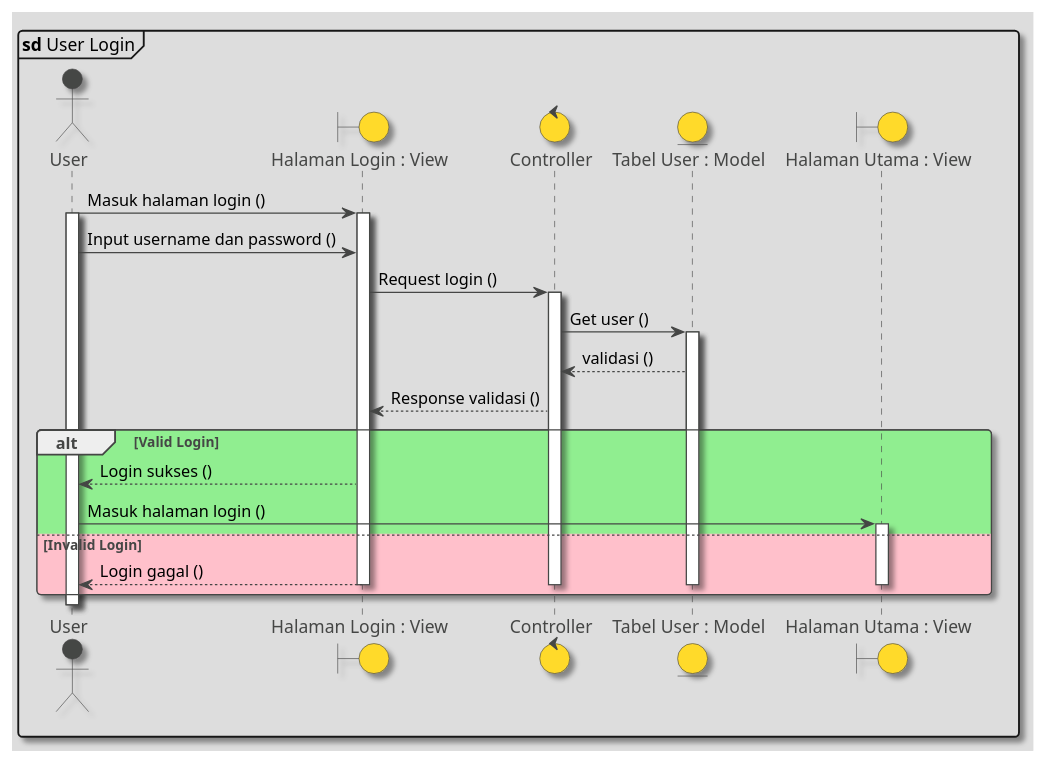
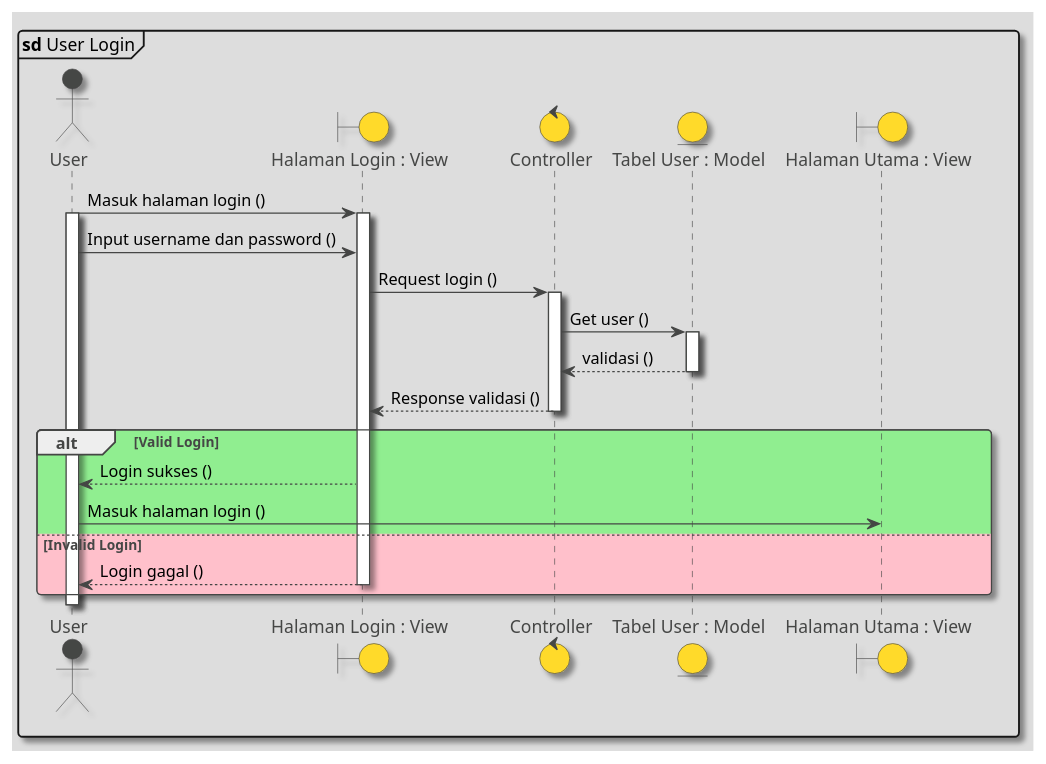
The diagram in Diagrams/SequenceDiagrams/Login.puml (marlisumarli/hanger-scheduling), drawn with PlantUML before and after one commit. The commit also changed 10 other files, not shown here.

```diff
--- a/Diagrams/SequenceDiagrams/Login.puml
+++ b/Diagrams/SequenceDiagrams/Login.puml
@@ -1,34 +1,31 @@
 @startuml
 
 !theme toy
 skinparam shadowing true
 mainframe **sd** User Login
 
 actor User
 boundary "Halaman Login : View" as halamanLogin
 control Controller as controller
 entity "Tabel User : Model" as dataUser
 boundary "Halaman Utama : View" as halamanUtama
 
 User -> halamanLogin ++ : Masuk halaman login ()
 activate User
 User -> halamanLogin : Input username dan password ()
 
 halamanLogin -> controller ++ : Request login ()
 controller -> dataUser ++ : Get user ()
-
 dataUser --> controller : validasi ()
+deactivate dataUser
 controller --> halamanLogin : Response validasi ()
-
+deactivate controller
 alt #lightgreen Valid Login
 halamanLogin --> User : Login sukses ()
-User -> halamanUtama ++ : Masuk halaman login ()
+User -> halamanUtama : Masuk halaman login ()
 else #pink Invalid Login
 halamanLogin --> User : Login gagal ()
-deactivate
-deactivate
-deactivate
-deactivate
+deactivate halamanLogin
 end
 
 @enduml
```
